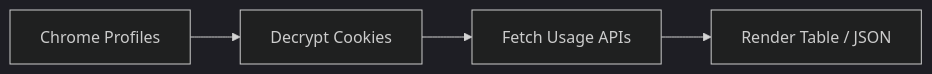
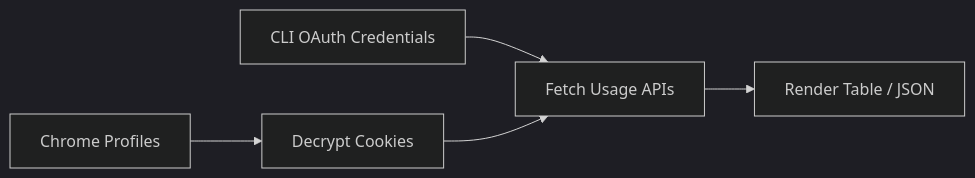
Before and after one commit to owayo/ai-usage: the diagram in README.md, drawn with Mermaid (dark theme). The commit also changed other lines of this file and 15 other files, not shown here.

````diff
--- a/README.md
+++ b/README.md
@@ -282,6 +285,7 @@
 ```mermaid
 flowchart LR
     A[Chrome Profiles] --> B[Decrypt Cookies]
-    B --> C[Fetch Usage APIs]
-    C --> D[Render Table / JSON]
+    C[CLI OAuth Credentials] --> D[Fetch Usage APIs]
+    B --> D
+    D --> E[Render Table / JSON]
 ```
````
